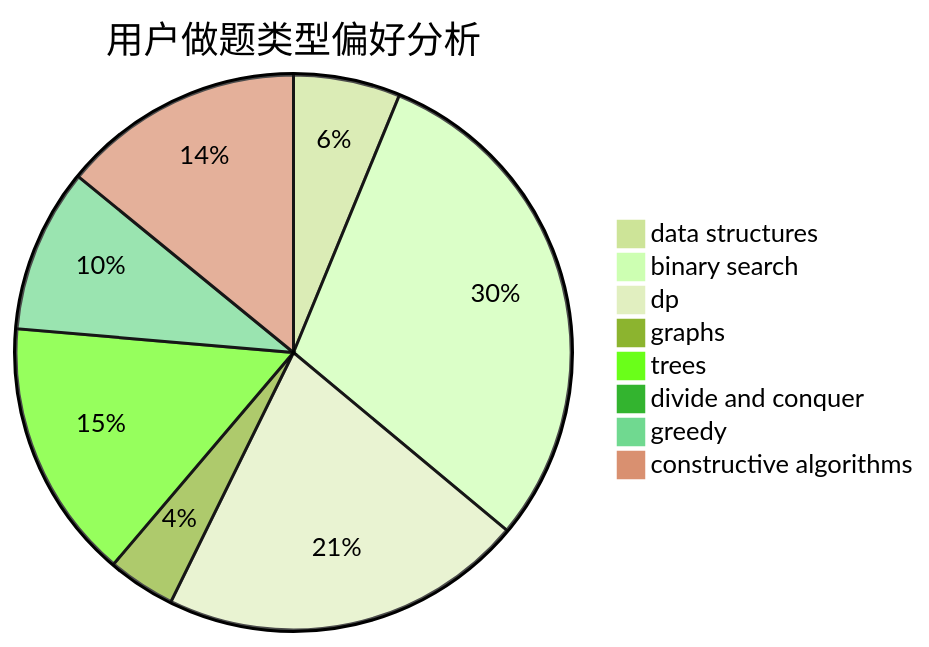
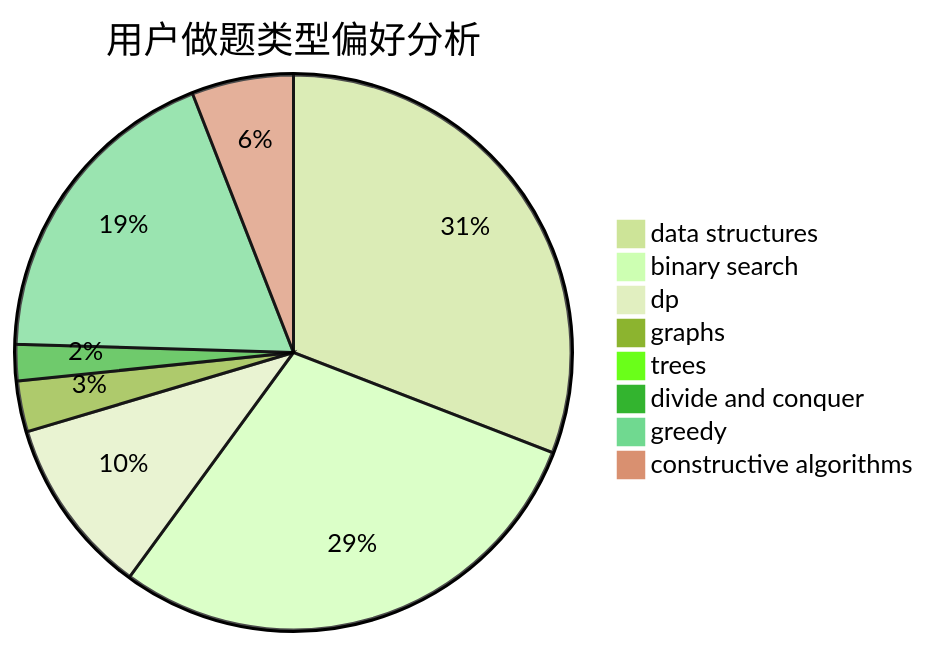
One commit to sherpahu/cfrs.github.io changed the second of 3 diagrams in docs/user/u2245.md. Above: the diagram before and after it, drawn with Mermaid (forest theme). The commit also changed other lines of this file and 2770 other files, not shown here.

````diff
--- a/docs/user/u2245.md
+++ b/docs/user/u2245.md
@@ -23,11 +23,11 @@
 ```mermaid
 pie title 用户做题类型偏好分析
-    "data structures" :  41
-    "binary search" :  197
-    "dp" :  140
-    "graphs" :  26
-    "trees" :  100
-    "divide and conquer" :  0
-    "greedy" :  63
-    "constructive algorithms" :  93
+    "data structures" :  146
+    "binary search" :  138
+    "dp" :  49
+    "graphs" :  14
+    "trees" :  0
+    "divide and conquer" :  10
+    "greedy" :  88
+    "constructive algorithms" :  28
 ```
````
